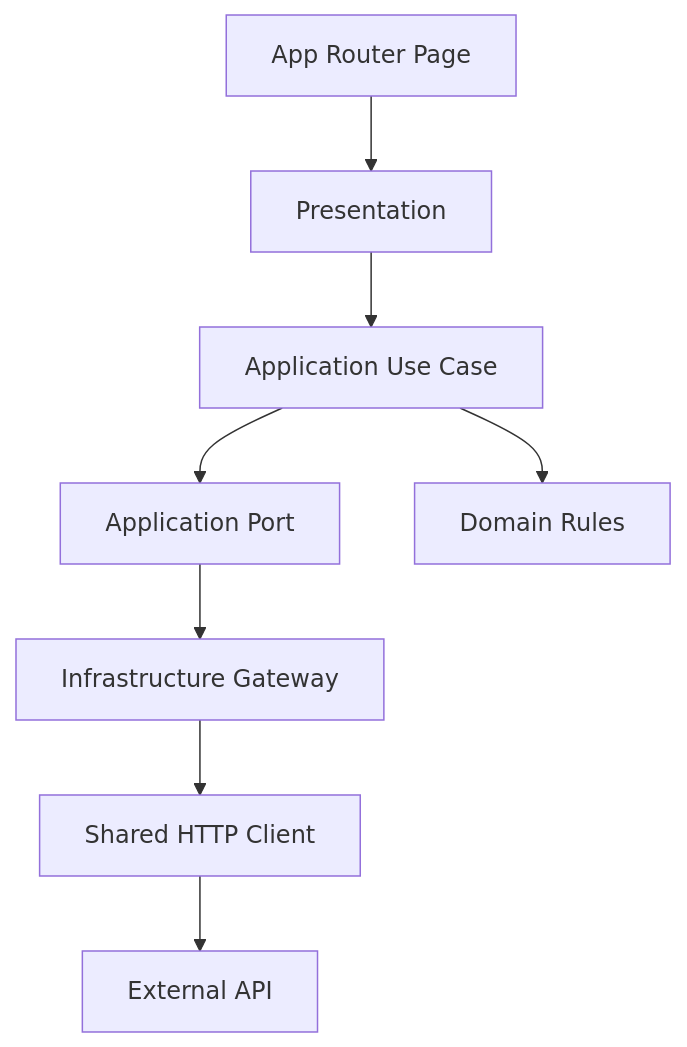
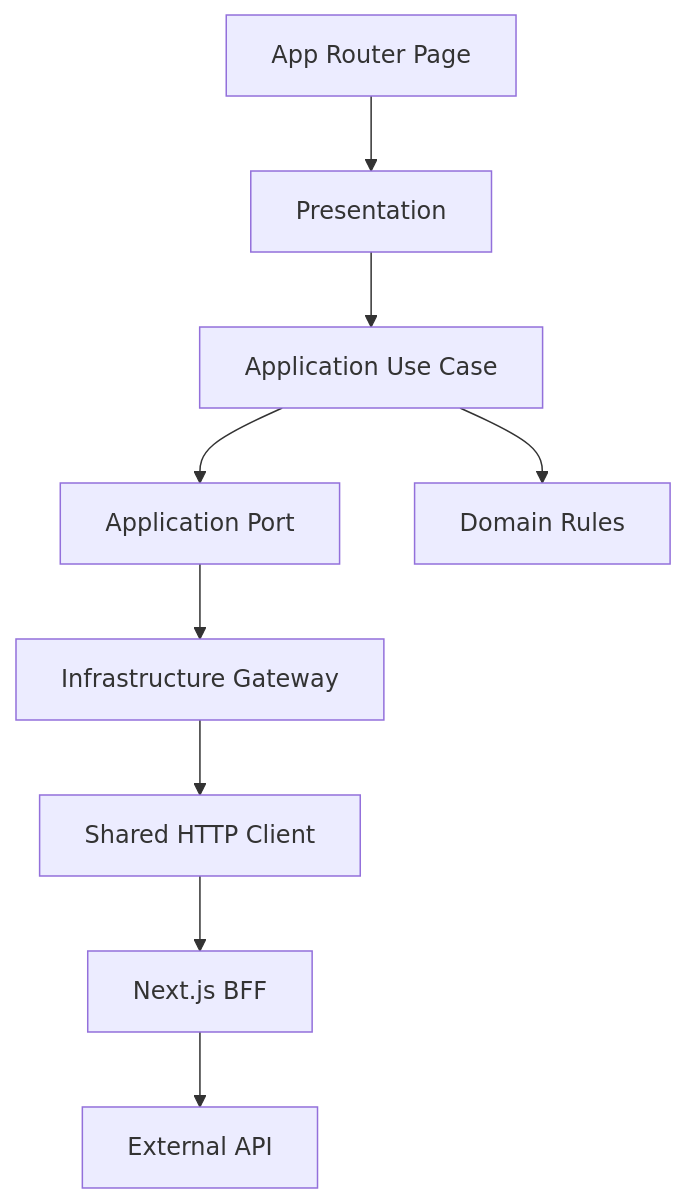
Before and after one commit to luismiguelgs/ciunac-sol-1.3: the second of 4 diagrams in docs/architecture/sdd.md, drawn with Mermaid. The commit also changed other lines of this file and 88 other files, not shown here.

````diff
--- a/docs/architecture/sdd.md
+++ b/docs/architecture/sdd.md
@@ -47,10 +51,11 @@
 ```mermaid
 flowchart TD
     Route[App Router Page] --> Presentation[Presentation]
     Presentation --> UseCase[Application Use Case]
     UseCase --> Port[Application Port]
     Port --> Gateway[Infrastructure Gateway]
     Gateway --> Http[Shared HTTP Client]
-    Http --> API[External API]
+    Http --> BFF[Next.js BFF]
+    BFF --> API[External API]
     UseCase --> Domain[Domain Rules]
 ```
````
